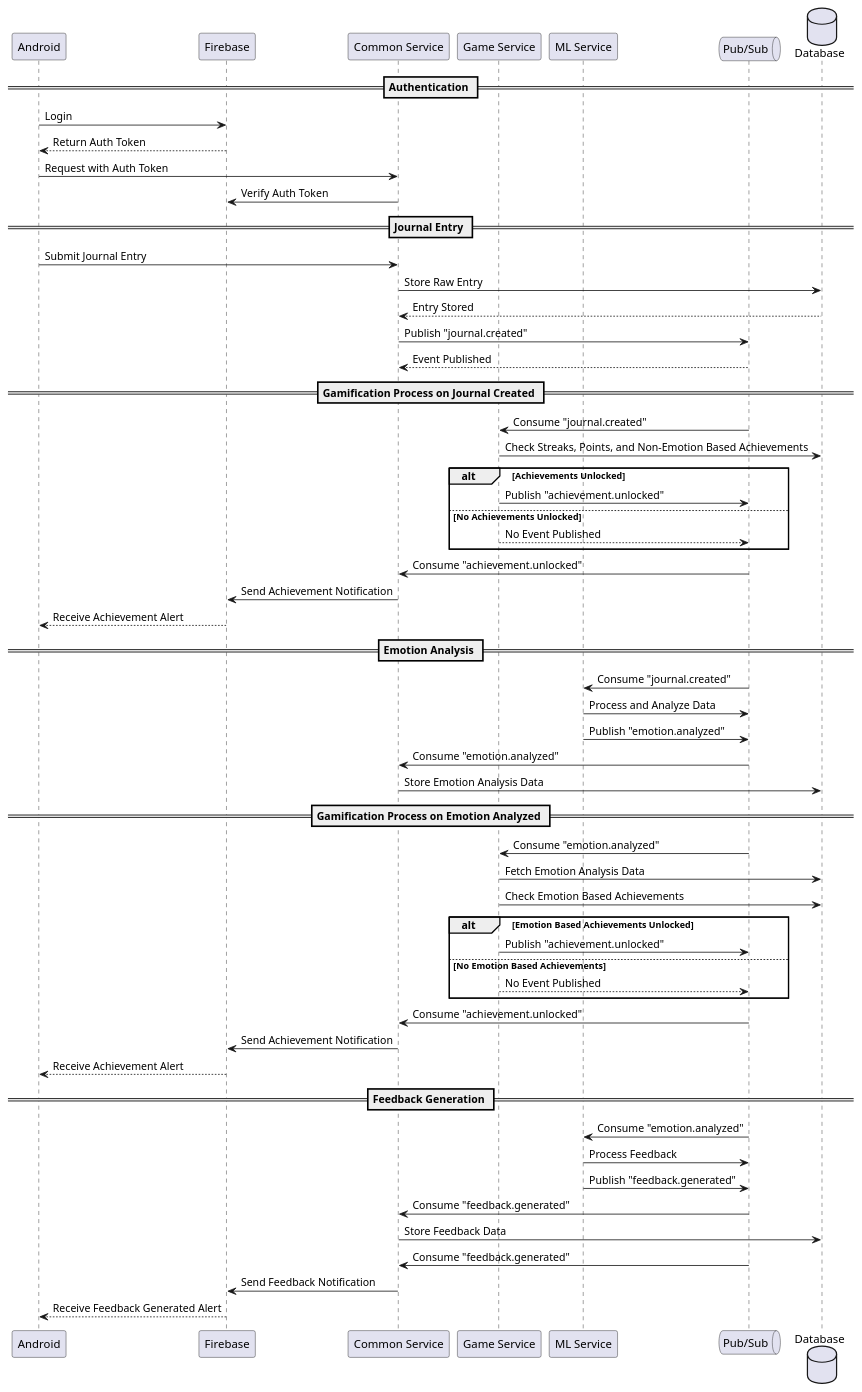
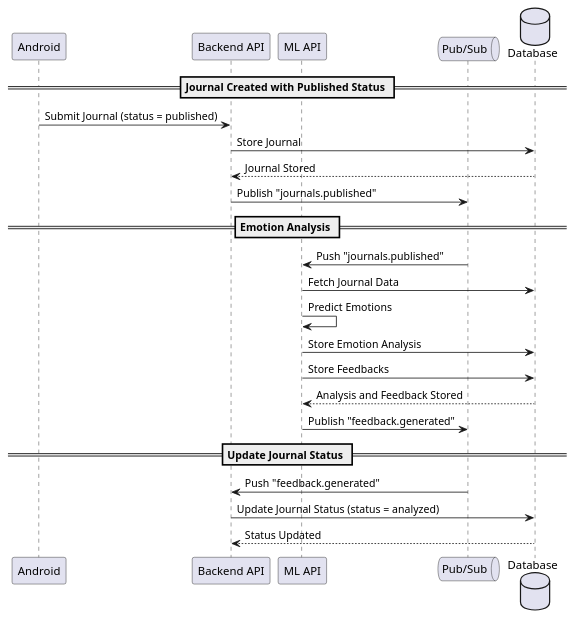
The diagram in docs/diagrams/sequence-diagram.puml (memotions/backend-service), drawn with PlantUML before and after one commit. The commit also changed 3 other files, not shown here.

```diff
--- a/docs/diagrams/sequence-diagram.puml
+++ b/docs/diagrams/sequence-diagram.puml
@@ -1,64 +1,29 @@
 @startuml Memotions Sequence Diagram
+
 participant "Android" as AN
-participant "Firebase" as FI
-participant "Common Service" as CO
-participant "Game Service" as GM
-participant "ML Service" as ML
+participant "Backend API" as BA
+participant "ML API" as ML
 queue "Pub/Sub" as PS
 database "Database" as DB
 
-== Authentication ==
-AN -> FI: Login
-FI --> AN: Return Auth Token
-AN -> CO: Request with Auth Token
-CO -> FI: Verify Auth Token
-
-== Journal Entry ==
-AN -> CO: Submit Journal Entry
-CO -> DB: Store Raw Entry
-DB --> CO: Entry Stored
-CO -> PS: Publish "journal.created"
-PS --> CO: Event Published
-
-== Gamification Process on Journal Created ==
-PS -> GM: Consume "journal.created"
-GM -> DB: Check Streaks, Points, and Non-Emotion Based Achievements
-alt Achievements Unlocked
-    GM -> PS: Publish "achievement.unlocked"
-else No Achievements Unlocked
-    GM --> PS: No Event Published
-end
-PS -> CO: Consume "achievement.unlocked"
-CO -> FI: Send Achievement Notification
-FI --> AN: Receive Achievement Alert
+== Journal Created with Published Status ==
+AN -> BA: Submit Journal (status = published)
+BA -> DB: Store Journal
+DB --> BA: Journal Stored
+BA -> PS: Publish "journals.published"
 
 == Emotion Analysis ==
-PS -> ML: Consume "journal.created"
-ML -> PS: Process and Analyze Data
-ML -> PS: Publish "emotion.analyzed"
-PS -> CO: Consume "emotion.analyzed"
-CO -> DB: Store Emotion Analysis Data
+PS -> ML: Push "journals.published"
+ML -> DB: Fetch Journal Data
+ML -> ML: Predict Emotions
+ML -> DB: Store Emotion Analysis
+ML -> DB: Store Feedbacks
+DB --> ML: Analysis and Feedback Stored
+ML -> PS: Publish "feedback.generated"
 
-== Gamification Process on Emotion Analyzed ==
-PS -> GM: Consume "emotion.analyzed"
-GM -> DB: Fetch Emotion Analysis Data
-GM -> DB: Check Emotion Based Achievements
-alt Emotion Based Achievements Unlocked
-    GM -> PS: Publish "achievement.unlocked"
-else No Emotion Based Achievements
-    GM --> PS: No Event Published
-end
-PS -> CO: Consume "achievement.unlocked"
-CO -> FI: Send Achievement Notification
-FI --> AN: Receive Achievement Alert
+== Update Journal Status ==
+PS -> BA: Push "feedback.generated"
+BA -> DB: Update Journal Status (status = analyzed)
+DB --> BA: Status Updated
 
-== Feedback Generation ==
-PS -> ML: Consume "emotion.analyzed"
-ML -> PS: Process Feedback
-ML -> PS: Publish "feedback.generated"
-PS -> CO: Consume "feedback.generated"
-CO -> DB: Store Feedback Data
-PS -> CO: Consume "feedback.generated"
-CO -> FI: Send Feedback Notification
-FI --> AN: Receive Feedback Generated Alert
 @enduml
```
